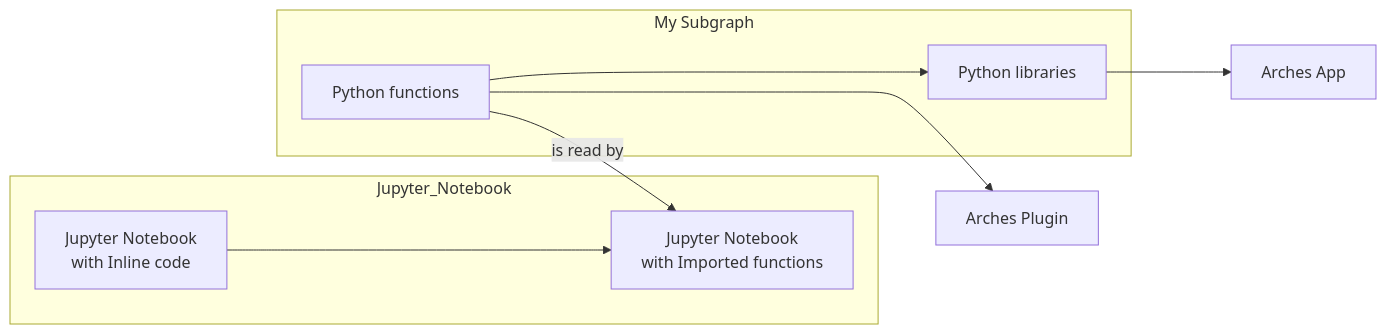
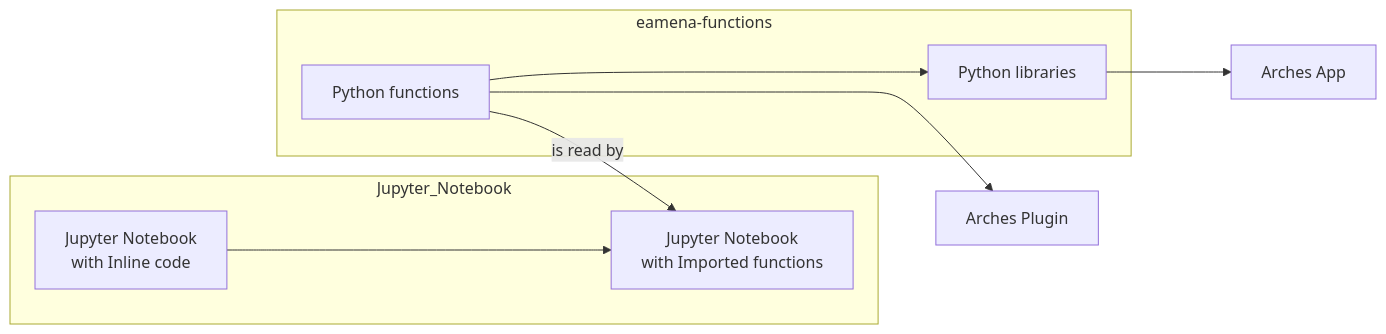
The second of 2 diagrams in talks/2025-eamena_db_training/README.md (eamena-project/eamena-arches-dev), drawn with Mermaid before and after one commit.

````diff
--- a/talks/2025-eamena_db_training/README.md
+++ b/talks/2025-eamena_db_training/README.md
@@ -57,22 +57,21 @@
 ```mermaid
 flowchart LR
 	A[Jupyter Notebook<br>with Inline code] ---> B[Jupyter Notebook<br>with Imported functions]
 	C[Python functions] -- is read by --> B
 	C ---> D[Arches Plugin]
 	C ---> E[Python libraries]
 	E ---> F[Arches App]
 	subgraph Jupyter_Notebook
 		A;
 		B;
 	end
-	subgraph GitHub[My Subgraph]
+	subgraph GitHub[eamena-functions]
 		C;
 		E;
   	end
 
-  click A "https://github.com/eamena-project/eamena-arches-dev/blob/main/dbs/database.eamena/data/reference_data/rm/hp/mds/mds-template.xlsx" _blank
-  click B "https://github.com/eamena-project/eamena-arches-dev/blob/main/dbs/database.eamena/data/reference_data/rm/hp/mds/ref_hp_field_description.R" _blank
-  click E "https://eamena-project.github.io/eamena-arches-dev/dbs/database.eamena/data/reference_data/rm/hp/mds/fields-description.html" _blank
-  click F "https://eamena.org/advanced-use#rm-hp-fields" _blank
+  click GitHub "https://github.com/eamena-project/eamena-functions" _blank
+  click D "https://database.eamena.org/citations/" _blank
+  click C "https://colab.research.google.com/github/eamena-project/eamena-arches-dev/blob/main/dbs/database.eamena/citation/citation_generator.ipynb" _blank
   
 ```
````
